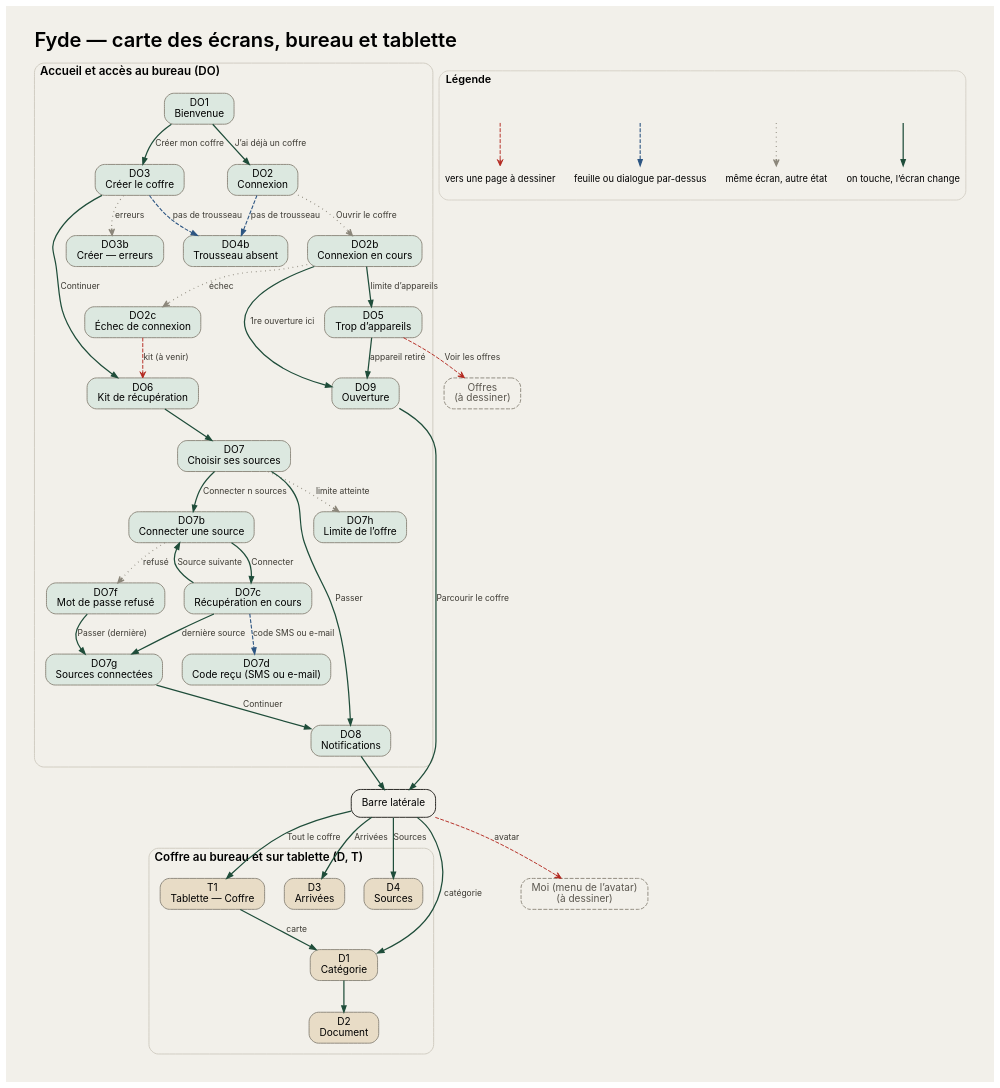
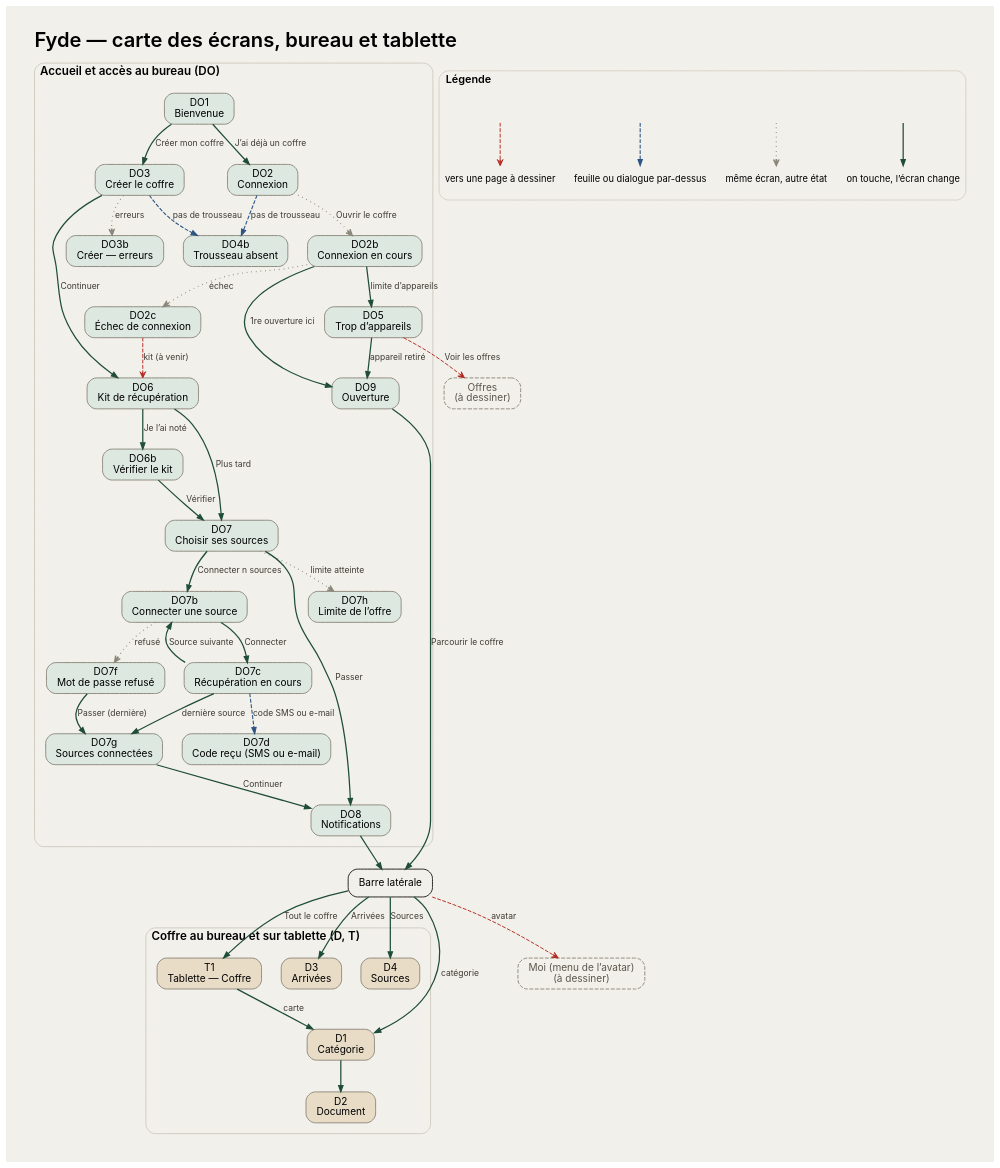
One commit to fyde-lab/application changed the diagram in design/assets/maps/carte-bureau.dot. Above: the diagram before and after it, drawn with Graphviz. The commit also changed 23 other files, not shown here.

```diff
--- a/design/assets/maps/carte-bureau.dot
+++ b/design/assets/maps/carte-bureau.dot
@@ -1,76 +1,79 @@
 digraph "carte-bureau" {
 rankdir=TB; newrank=true; compound=true; nodesep=0.35; ranksep=0.55;
 label="Fyde — carte des écrans, bureau et tablette"; labelloc=t; labeljust=l; fontsize=26; fontname="Inter SemiBold"; pad=0.4; bgcolor="#F2F0EA";
 node [fontname="Inter" fontsize=13 margin="0.18,0.08" penwidth=1.2];
 edge [fontname="Inter" fontsize=11 fontcolor="#3d3a33" arrowsize=0.8];
 "PLANS" [label="Offres\n(à dessiner)" shape=box style="rounded,dashed,filled" color="#8C877B" fillcolor="#F2F0EA" fontcolor="#5B574F"];
 subgraph "cluster_donb" { label="Accueil et accès au bureau (DO)"; fontname="Inter SemiBold"; fontsize=15; style="rounded"; color="#CFCAC0"; penwidth=1.2; margin=14;
   "DO1" [label="DO1\nBienvenue" shape=box style="rounded,filled" color="#8C877B" fillcolor="#DCE8E0"];
   "DO2" [label="DO2\nConnexion" shape=box style="rounded,filled" color="#8C877B" fillcolor="#DCE8E0"];
   "DO2b" [label="DO2b\nConnexion en cours" shape=box style="rounded,filled" color="#8C877B" fillcolor="#DCE8E0"];
   "DO2c" [label="DO2c\nÉchec de connexion" shape=box style="rounded,filled" color="#8C877B" fillcolor="#DCE8E0"];
   "DO3" [label="DO3\nCréer le coffre" shape=box style="rounded,filled" color="#8C877B" fillcolor="#DCE8E0"];
   "DO3b" [label="DO3b\nCréer — erreurs" shape=box style="rounded,filled" color="#8C877B" fillcolor="#DCE8E0"];
   "DO4b" [label="DO4b\nTrousseau absent" shape=box style="rounded,filled" color="#8C877B" fillcolor="#DCE8E0"];
   "DO5" [label="DO5\nTrop d’appareils" shape=box style="rounded,filled" color="#8C877B" fillcolor="#DCE8E0"];
   "DO6" [label="DO6\nKit de récupération" shape=box style="rounded,filled" color="#8C877B" fillcolor="#DCE8E0"];
+  "DO6b" [label="DO6b\nVérifier le kit" shape=box style="rounded,filled" color="#8C877B" fillcolor="#DCE8E0"];
   "DO7" [label="DO7\nChoisir ses sources" shape=box style="rounded,filled" color="#8C877B" fillcolor="#DCE8E0"];
   "DO7h" [label="DO7h\nLimite de l’offre" shape=box style="rounded,filled" color="#8C877B" fillcolor="#DCE8E0"];
   "DO7b" [label="DO7b\nConnecter une source" shape=box style="rounded,filled" color="#8C877B" fillcolor="#DCE8E0"];
   "DO7c" [label="DO7c\nRécupération en cours" shape=box style="rounded,filled" color="#8C877B" fillcolor="#DCE8E0"];
   "DO7d" [label="DO7d\nCode reçu (SMS ou e-mail)" shape=box style="rounded,filled" color="#8C877B" fillcolor="#DCE8E0"];
   "DO7f" [label="DO7f\nMot de passe refusé" shape=box style="rounded,filled" color="#8C877B" fillcolor="#DCE8E0"];
   "DO7g" [label="DO7g\nSources connectées" shape=box style="rounded,filled" color="#8C877B" fillcolor="#DCE8E0"];
   "DO8" [label="DO8\nNotifications" shape=box style="rounded,filled" color="#8C877B" fillcolor="#DCE8E0"];
   "DO9" [label="DO9\nOuverture" shape=box style="rounded,filled" color="#8C877B" fillcolor="#DCE8E0"];
 }
 "SIDE" [label="Barre latérale" shape=box style="rounded,bold" color="#1C1B17" fillcolor="#FFFFFF"];
 subgraph "cluster_dapp" { label="Coffre au bureau et sur tablette (D, T)"; fontname="Inter SemiBold"; fontsize=15; style="rounded"; color="#CFCAC0"; penwidth=1.2; margin=14;
   "T1" [label="T1\nTablette — Coffre" shape=box style="rounded,filled" color="#8C877B" fillcolor="#E8DCC6"];
   "D1" [label="D1\nCatégorie" shape=box style="rounded,filled" color="#8C877B" fillcolor="#E8DCC6"];
   "D2" [label="D2\nDocument" shape=box style="rounded,filled" color="#8C877B" fillcolor="#E8DCC6"];
   "D3" [label="D3\nArrivées" shape=box style="rounded,filled" color="#8C877B" fillcolor="#E8DCC6"];
   "D4" [label="D4\nSources" shape=box style="rounded,filled" color="#8C877B" fillcolor="#E8DCC6"];
 }
 "DMOI" [label="Moi (menu de l’avatar)\n(à dessiner)" shape=box style="rounded,dashed,filled" color="#8C877B" fillcolor="#F2F0EA" fontcolor="#5B574F"];
 "DO1" -> "DO2" [color="#1F4D3A" penwidth=1.6 label="J’ai déjà un coffre"];
 "DO1" -> "DO3" [color="#1F4D3A" penwidth=1.6 label="Créer mon coffre"];
 "DO2" -> "DO2b" [color="#8C877B" style=dotted penwidth=1.6 arrowhead=open label="Ouvrir le coffre"];
 "DO2b" -> "DO2c" [color="#8C877B" style=dotted penwidth=1.6 arrowhead=open label="échec"];
 "DO2" -> "DO4b" [color="#2C5582" style=dashed penwidth=1.4 label="pas de trousseau"];
 "DO2b" -> "DO5" [color="#1F4D3A" penwidth=1.6 label="limite d’appareils"];
 "DO2b" -> "DO9" [color="#1F4D3A" penwidth=1.6 label="1re ouverture ici"];
 "DO5" -> "DO9" [color="#1F4D3A" penwidth=1.6 label="appareil retiré"];
 "DO5" -> "PLANS" [color="#B3261E" style=dashed penwidth=1.2 arrowhead=open label="Voir les offres"];
 "DO2c" -> "DO6" [color="#B3261E" style=dashed penwidth=1.2 arrowhead=open label="kit (à venir)"];
 "DO3" -> "DO3b" [color="#8C877B" style=dotted penwidth=1.6 arrowhead=open label="erreurs"];
 "DO3" -> "DO4b" [color="#2C5582" style=dashed penwidth=1.4 label="pas de trousseau"];
 "DO3" -> "DO6" [color="#1F4D3A" penwidth=1.6 label="Continuer"];
-"DO6" -> "DO7" [color="#1F4D3A" penwidth=1.6];
+"DO6" -> "DO6b" [color="#1F4D3A" penwidth=1.6 label="Je l’ai noté"];
+"DO6b" -> "DO7" [color="#1F4D3A" penwidth=1.6 label="Vérifier"];
+"DO6" -> "DO7" [color="#1F4D3A" penwidth=1.6 label="Plus tard"];
 "DO7" -> "DO7h" [color="#8C877B" style=dotted penwidth=1.6 arrowhead=open label="limite atteinte"];
 "DO7" -> "DO7b" [color="#1F4D3A" penwidth=1.6 label="Connecter n sources"];
 "DO7" -> "DO8" [color="#1F4D3A" penwidth=1.6 label="Passer"];
 "DO7b" -> "DO7c" [color="#1F4D3A" penwidth=1.6 label="Connecter"];
 "DO7b" -> "DO7f" [color="#8C877B" style=dotted penwidth=1.6 arrowhead=open label="refusé"];
 "DO7c" -> "DO7d" [color="#2C5582" style=dashed penwidth=1.4 label="code SMS ou e-mail"];
 "DO7c" -> "DO7b" [color="#1F4D3A" penwidth=1.6 label="Source suivante"];
 "DO7c" -> "DO7g" [color="#1F4D3A" penwidth=1.6 label="dernière source"];
 "DO7f" -> "DO7g" [color="#1F4D3A" penwidth=1.6 label="Passer (dernière)"];
 "DO7g" -> "DO8" [color="#1F4D3A" penwidth=1.6 label="Continuer"];
 "DO8" -> "SIDE" [color="#1F4D3A" penwidth=1.6];
 "DO9" -> "SIDE" [color="#1F4D3A" penwidth=1.6 label="Parcourir le coffre"];
 "SIDE" -> "T1" [color="#1F4D3A" penwidth=1.6 label="Tout le coffre"];
 "SIDE" -> "D1" [color="#1F4D3A" penwidth=1.6 label="catégorie"];
 "SIDE" -> "D3" [color="#1F4D3A" penwidth=1.6 label="Arrivées"];
 "SIDE" -> "D4" [color="#1F4D3A" penwidth=1.6 label="Sources"];
 "SIDE" -> "DMOI" [color="#B3261E" style=dashed penwidth=1.2 arrowhead=open label="avatar"];
 "D1" -> "D2" [color="#1F4D3A" penwidth=1.6];
 "T1" -> "D1" [color="#1F4D3A" penwidth=1.6 label="carte"];
 subgraph cluster_legend { label="Légende"; fontname="Inter SemiBold"; fontsize=14; style=rounded; color="#CFCAC0";
   node [shape=plaintext fontsize=12 margin=0];
   la [label=""]; lb [label="on touche, l’écran change"]; lc [label=""]; ld [label="même écran, autre état"];
   le [label=""]; lf [label="feuille ou dialogue par-dessus"]; lg [label=""]; lh [label="vers une page à dessiner"];
   la -> lb [color="#1F4D3A" penwidth=1.6]; lc -> ld [color="#8C877B" style=dotted penwidth=1.6 arrowhead=open];
   le -> lf [color="#2C5582" style=dashed penwidth=1.4]; lg -> lh [color="#B3261E" style=dashed penwidth=1.2 arrowhead=open];
 }
 }
```
